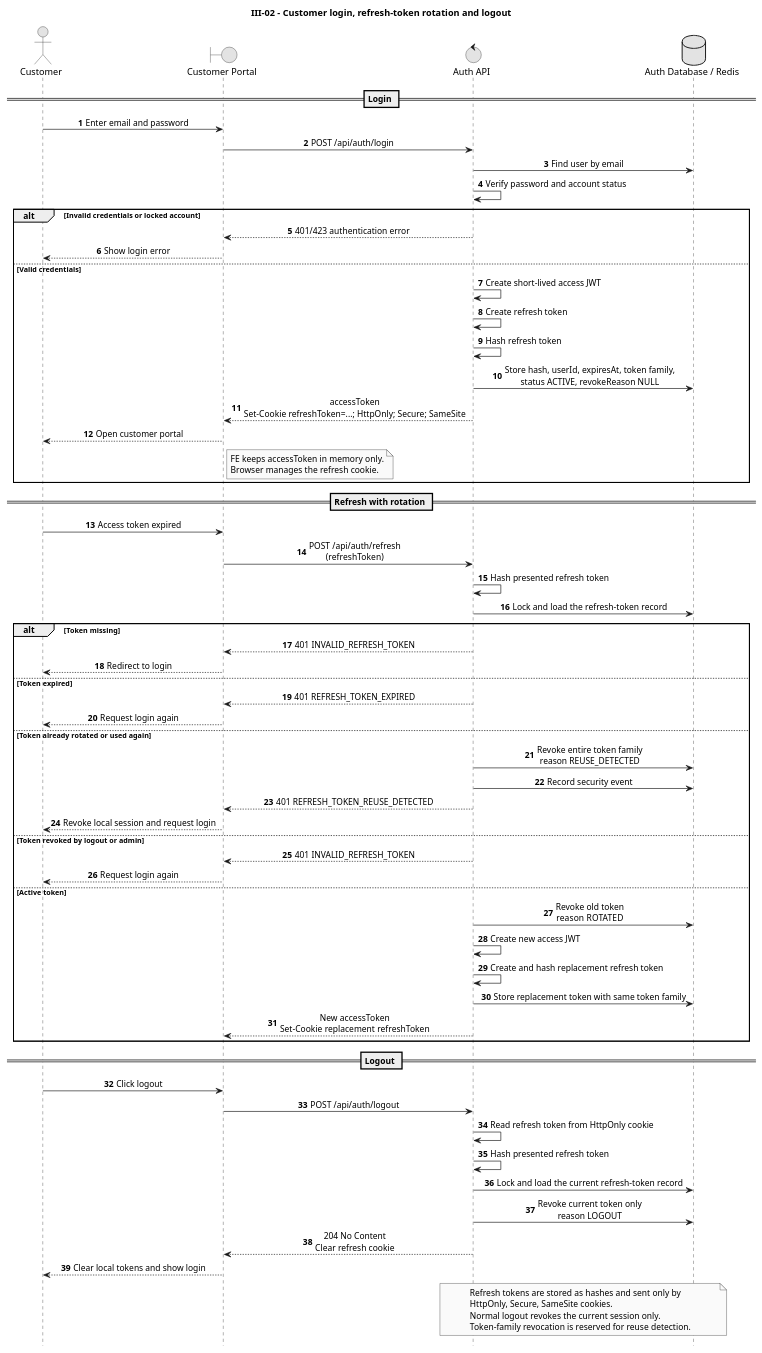
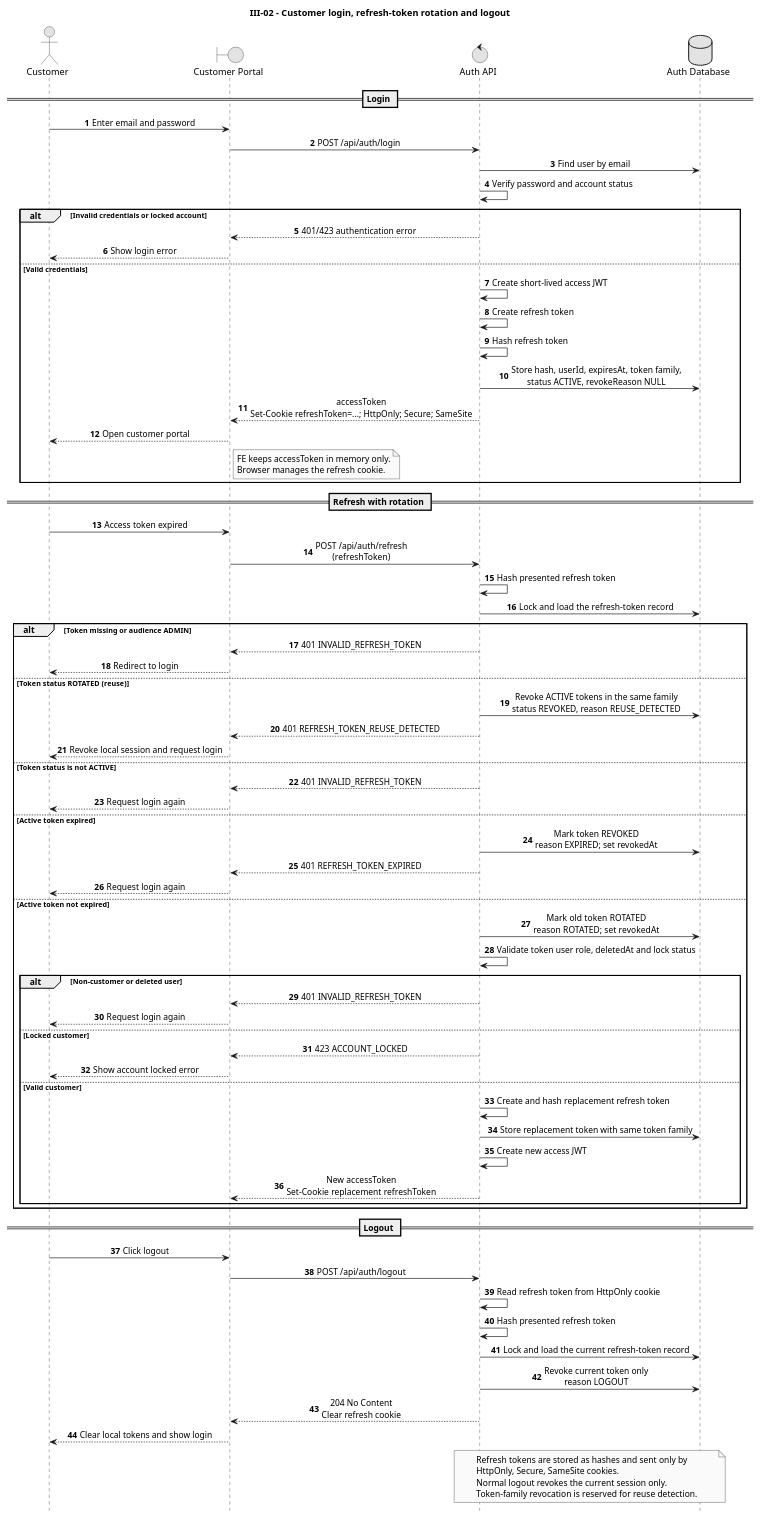
Before and after one commit to duygri/do-an-htttdn-crm: the diagram in docs/diagrams/sequence-new/customer/III-02-login-refresh-logout.puml, drawn with PlantUML. The commit also changed 20 other files, not shown here.

Commit message:
docs: correct CRM workflow diagrams and clarify PayOS auto-cancellation behavior

```diff
--- a/docs/diagrams/sequence-new/customer/III-02-login-refresh-logout.puml
+++ b/docs/diagrams/sequence-new/customer/III-02-login-refresh-logout.puml
@@ -1,85 +1,94 @@
 @startuml
 title III-02 - Customer login, refresh-token rotation and logout
 
 autonumber
 hide footbox
 skinparam monochrome true
 skinparam sequenceMessageAlign center
 skinparam responseMessageBelowArrow true
 
 actor Customer
 boundary "Customer Portal" as Web
 control "Auth API" as API
-database "Auth Database / Redis" as DB
+database "Auth Database" as DB
 
 == Login ==
 
 Customer -> Web: Enter email and password
 Web -> API: POST /api/auth/login
 API -> DB: Find user by email
 API -> API: Verify password and account status
 
 alt Invalid credentials or locked account
     API --> Web: 401/423 authentication error
     Web --> Customer: Show login error
 else Valid credentials
     API -> API: Create short-lived access JWT
     API -> API: Create refresh token
     API -> API: Hash refresh token
     API -> DB: Store hash, userId, expiresAt, token family,\nstatus ACTIVE, revokeReason NULL
     API --> Web: accessToken\nSet-Cookie refreshToken=...; HttpOnly; Secure; SameSite
     Web --> Customer: Open customer portal
     note right of Web
       FE keeps accessToken in memory only.
       Browser manages the refresh cookie.
     end note
 end
 
 == Refresh with rotation ==
 
 Customer -> Web: Access token expired
 Web -> API: POST /api/auth/refresh\n(refreshToken)
 API -> API: Hash presented refresh token
 API -> DB: Lock and load the refresh-token record
 
-alt Token missing
+alt Token missing or audience ADMIN
     API --> Web: 401 INVALID_REFRESH_TOKEN
     Web --> Customer: Redirect to login
-else Token expired
+else Token status ROTATED (reuse)
+    API -> DB: Revoke ACTIVE tokens in the same family\nstatus REVOKED, reason REUSE_DETECTED
+    API --> Web: 401 REFRESH_TOKEN_REUSE_DETECTED
+    Web --> Customer: Revoke local session and request login
+else Token status is not ACTIVE
+    API --> Web: 401 INVALID_REFRESH_TOKEN
+    Web --> Customer: Request login again
+else Active token expired
+    API -> DB: Mark token REVOKED\nreason EXPIRED; set revokedAt
     API --> Web: 401 REFRESH_TOKEN_EXPIRED
     Web --> Customer: Request login again
-else Token already rotated or used again
-    API -> DB: Revoke entire token family\nreason REUSE_DETECTED
-    API -> DB: Record security event
-    API --> Web: 401 REFRESH_TOKEN_REUSE_DETECTED
-    Web --> Customer: Revoke local session and request login
-else Token revoked by logout or admin
-    API --> Web: 401 INVALID_REFRESH_TOKEN
-    Web --> Customer: Request login again
-else Active token
-    API -> DB: Revoke old token\nreason ROTATED
-    API -> API: Create new access JWT
-    API -> API: Create and hash replacement refresh token
-    API -> DB: Store replacement token with same token family
-    API --> Web: New accessToken\nSet-Cookie replacement refreshToken
+else Active token not expired
+    API -> DB: Mark old token ROTATED\nreason ROTATED; set revokedAt
+    API -> API: Validate token user role, deletedAt and lock status
+    alt Non-customer or deleted user
+        API --> Web: 401 INVALID_REFRESH_TOKEN
+        Web --> Customer: Request login again
+    else Locked customer
+        API --> Web: 423 ACCOUNT_LOCKED
+        Web --> Customer: Show account locked error
+    else Valid customer
+        API -> API: Create and hash replacement refresh token
+        API -> DB: Store replacement token with same token family
+        API -> API: Create new access JWT
+        API --> Web: New accessToken\nSet-Cookie replacement refreshToken
+    end
 end
 
 == Logout ==
 
 Customer -> Web: Click logout
 Web -> API: POST /api/auth/logout
 API -> API: Read refresh token from HttpOnly cookie
 API -> API: Hash presented refresh token
 API -> DB: Lock and load the current refresh-token record
 API -> DB: Revoke current token only\nreason LOGOUT
 API --> Web: 204 No Content\nClear refresh cookie
 Web --> Customer: Clear local tokens and show login
 
 note over API,DB
   Refresh tokens are stored as hashes and sent only by
   HttpOnly, Secure, SameSite cookies.
   Normal logout revokes the current session only.
   Token-family revocation is reserved for reuse detection.
 end note
 
 @enduml
```
